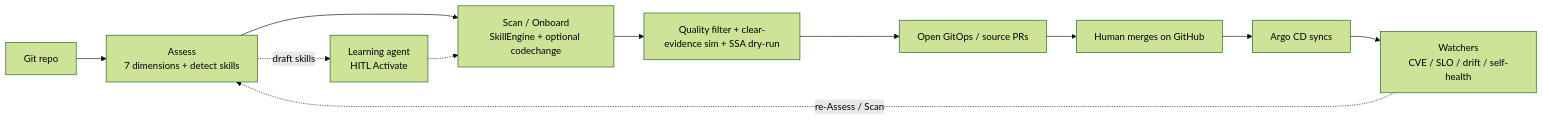
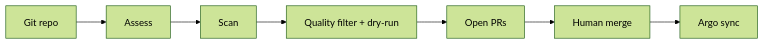
The diagram in README.md (alimobrem/AgentIT), drawn with Mermaid (forest theme) before and after one commit. The commit also changed other lines of this file and 3 other files, not shown here.

````diff
--- a/README.md
+++ b/README.md
@@ -132,13 +35,9 @@
 ```mermaid
 flowchart LR
-    A["Git repo"] --> B["Assess\n7 dimensions + detect skills"]
-    B --> C["Scan / Onboard\nSkillEngine + optional codechange"]
-    C --> D["Quality filter + clear-evidence sim + SSA dry-run"]
-    D --> E["Open GitOps / source PRs"]
-    E --> F["Human merges on GitHub"]
-    F --> G["Argo CD syncs"]
-    G --> H["Watchers\nCVE / SLO / drift / self-health"]
-    H -.->|"re-Assess / Scan"| B
-    B -.->|"draft skills"| I["Learning agent\nHITL Activate"]
-    I -.-> C
+    A["Git repo"] --> B["Assess"]
+    B --> C["Scan"]
+    C --> D["Quality filter + dry-run"]
+    D --> E["Open PRs"]
+    E --> F["Human merge"]
+    F --> G["Argo sync"]
 ```
````
